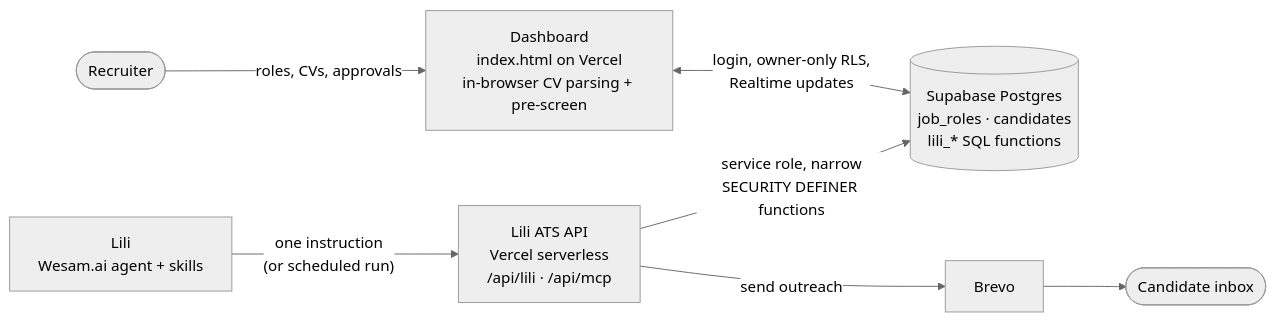
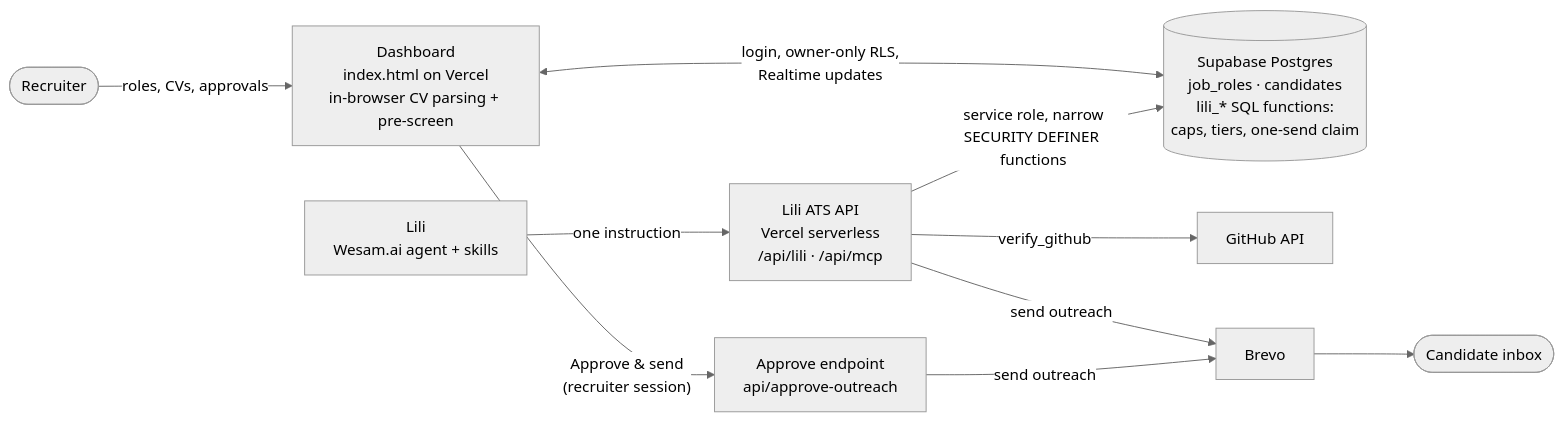
Before and after one commit to laila2005/recruitment-agent-wesam: the diagram in README.md, drawn with Mermaid (neutral theme). The commit also changed other lines of this file and 3 other files, not shown here.

````diff
--- a/README.md
+++ b/README.md
@@ -87,9 +99,11 @@
 ```mermaid
 flowchart LR
     R([Recruiter]) -->|roles, CVs, approvals| D["Dashboard<br/>index.html on Vercel<br/>in-browser CV parsing + pre-screen"]
-    D <-->|"login, owner-only RLS,<br/>Realtime updates"| S[("Supabase Postgres<br/>job_roles · candidates<br/>lili_* SQL functions")]
-    L["Lili<br/>Wesam.ai agent + skills"] -->|"one instruction<br/>(or scheduled run)"| A["Lili ATS API<br/>Vercel serverless<br/>/api/lili · /api/mcp"]
+    D <-->|"login, owner-only RLS,<br/>Realtime updates"| S[("Supabase Postgres<br/>job_roles · candidates<br/>lili_* SQL functions:<br/>caps, tiers, one-send claim")]
+    D -->|"Approve & send<br/>(recruiter session)"| AP["Approve endpoint<br/>api/approve-outreach"]
+    L["Lili<br/>Wesam.ai agent + skills"] -->|one instruction| A["Lili ATS API<br/>Vercel serverless<br/>/api/lili · /api/mcp"]
     A -->|"service role, narrow<br/>SECURITY DEFINER functions"| S
-    A -->|send outreach| B["Brevo"]
+    A -->|verify_github| G["GitHub API"]
+    A & AP -->|send outreach| B["Brevo"]
     B --> C([Candidate inbox])
 ```
````
